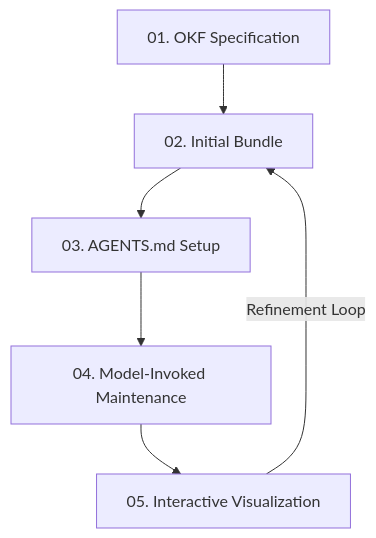
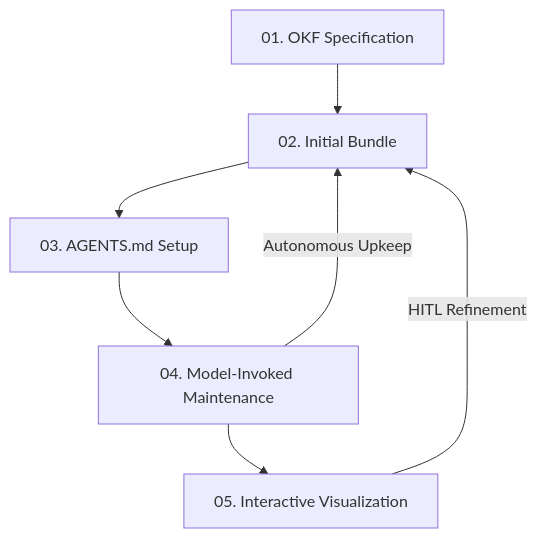
The diagram in README.md (eloybar/okf-skills), drawn with Mermaid before and after one commit.

Commit message:
docs: show direct autonomous upkeep loop in README lifecycle diagram

````diff
--- a/README.md
+++ b/README.md
@@ -13,8 +13,9 @@
 ```mermaid
 graph TD
     A[01. OKF Specification] --> B[02. Initial Bundle]
     B --> C[03. AGENTS.md Setup]
     C --> D[04. Model-Invoked Maintenance]
+    D -->|Autonomous Upkeep| B
     D --> E[05. Interactive Visualization]
-    E -->|Refinement Loop| B
+    E -->|HITL Refinement| B
 ```
````
